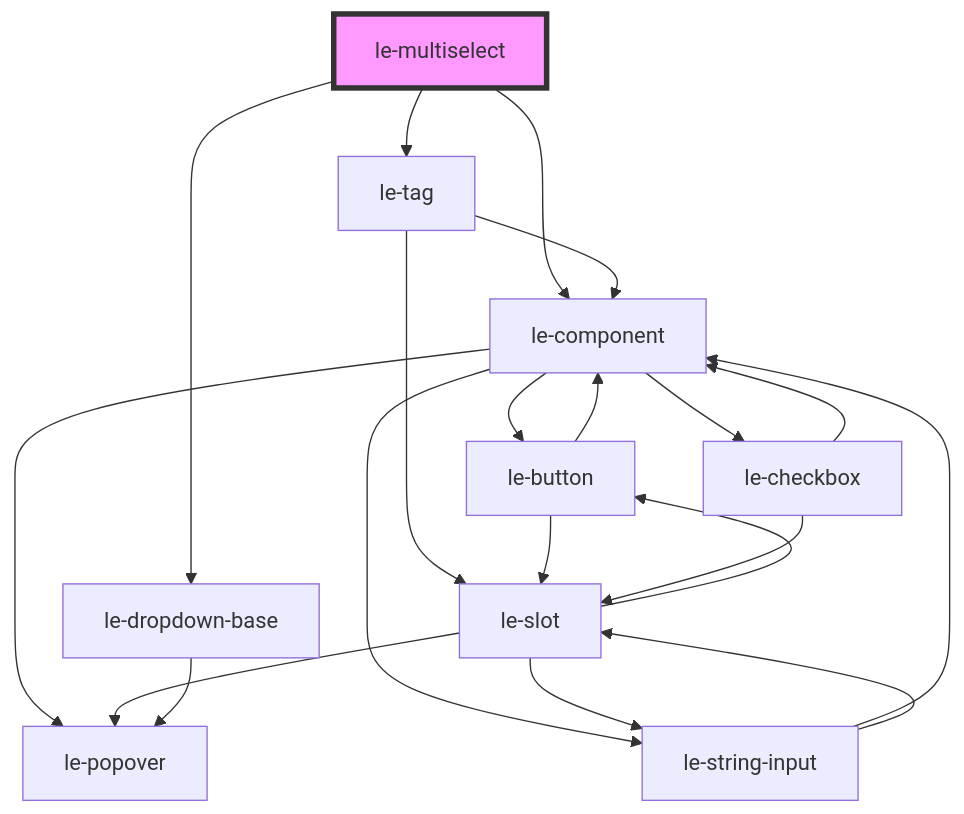
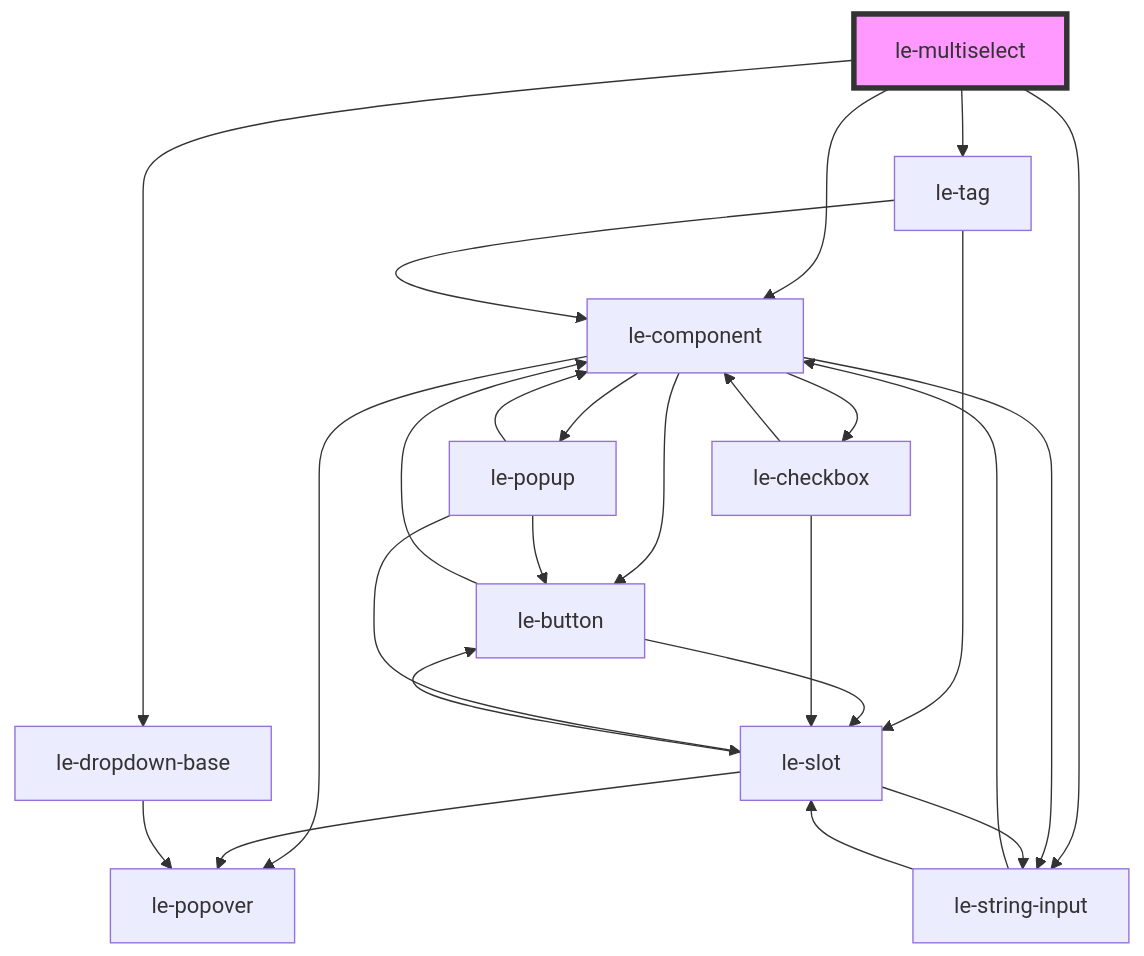
One commit to leechy/le-kit changed the diagram in src/components/le-multiselect/readme.md. Above: the diagram before and after it, drawn with Mermaid. The commit also changed other lines of this file and 29 other files, not shown here.

````diff
--- a/src/components/le-multiselect/readme.md
+++ b/src/components/le-multiselect/readme.md
@@ -84,23 +85,28 @@
 ```mermaid
 graph TD;
   le-multiselect --> le-tag
   le-multiselect --> le-component
   le-multiselect --> le-dropdown-base
+  le-multiselect --> le-string-input
   le-tag --> le-component
   le-tag --> le-slot
   le-component --> le-button
   le-component --> le-checkbox
   le-component --> le-string-input
   le-component --> le-popover
+  le-component --> le-popup
   le-button --> le-component
   le-button --> le-slot
   le-slot --> le-popover
   le-slot --> le-button
   le-slot --> le-string-input
   le-string-input --> le-component
   le-string-input --> le-slot
   le-checkbox --> le-component
   le-checkbox --> le-slot
+  le-popup --> le-slot
+  le-popup --> le-button
+  le-popup --> le-component
   le-dropdown-base --> le-popover
   style le-multiselect fill:#f9f,stroke:#333,stroke-width:4px
 ```
````
